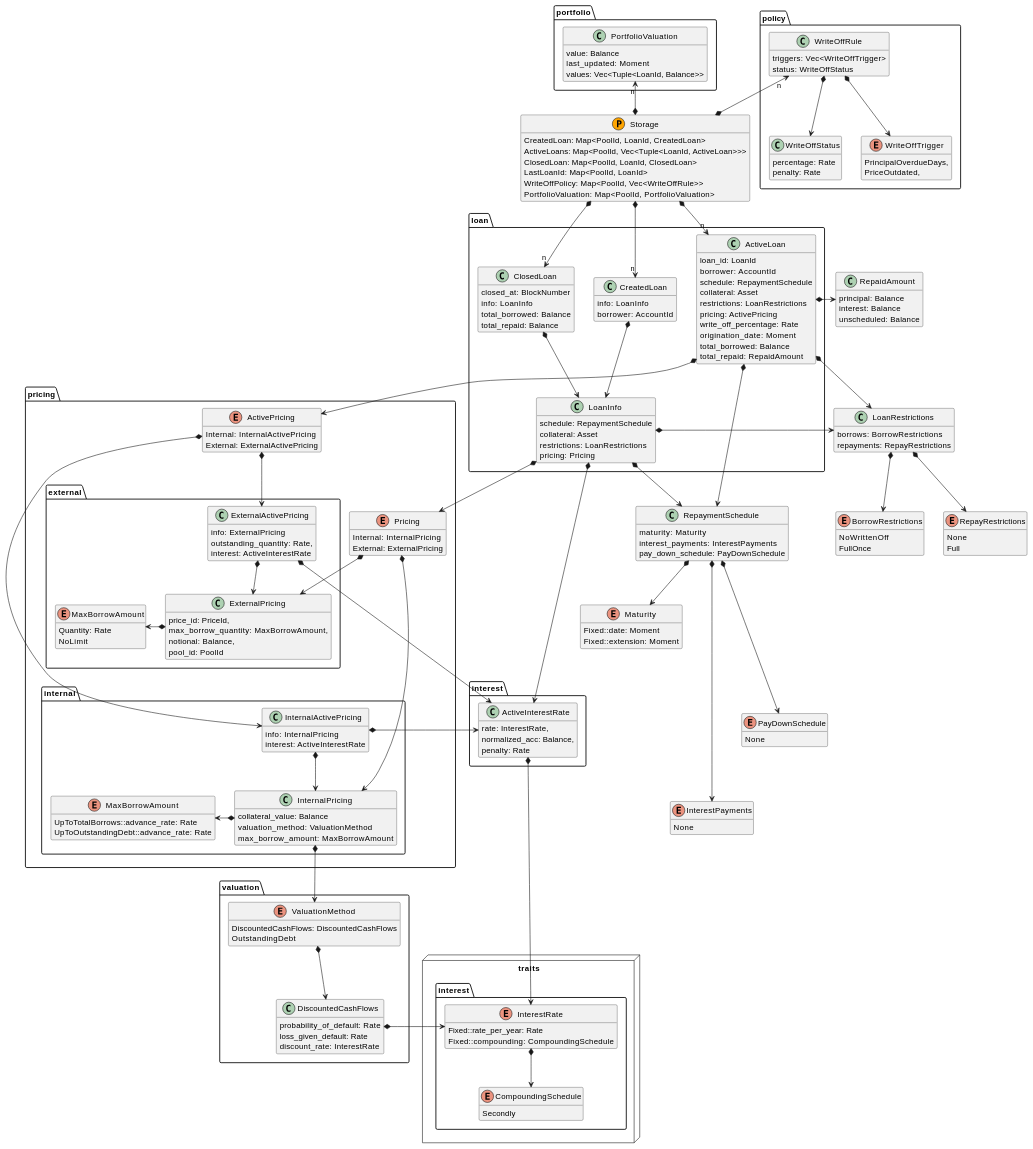
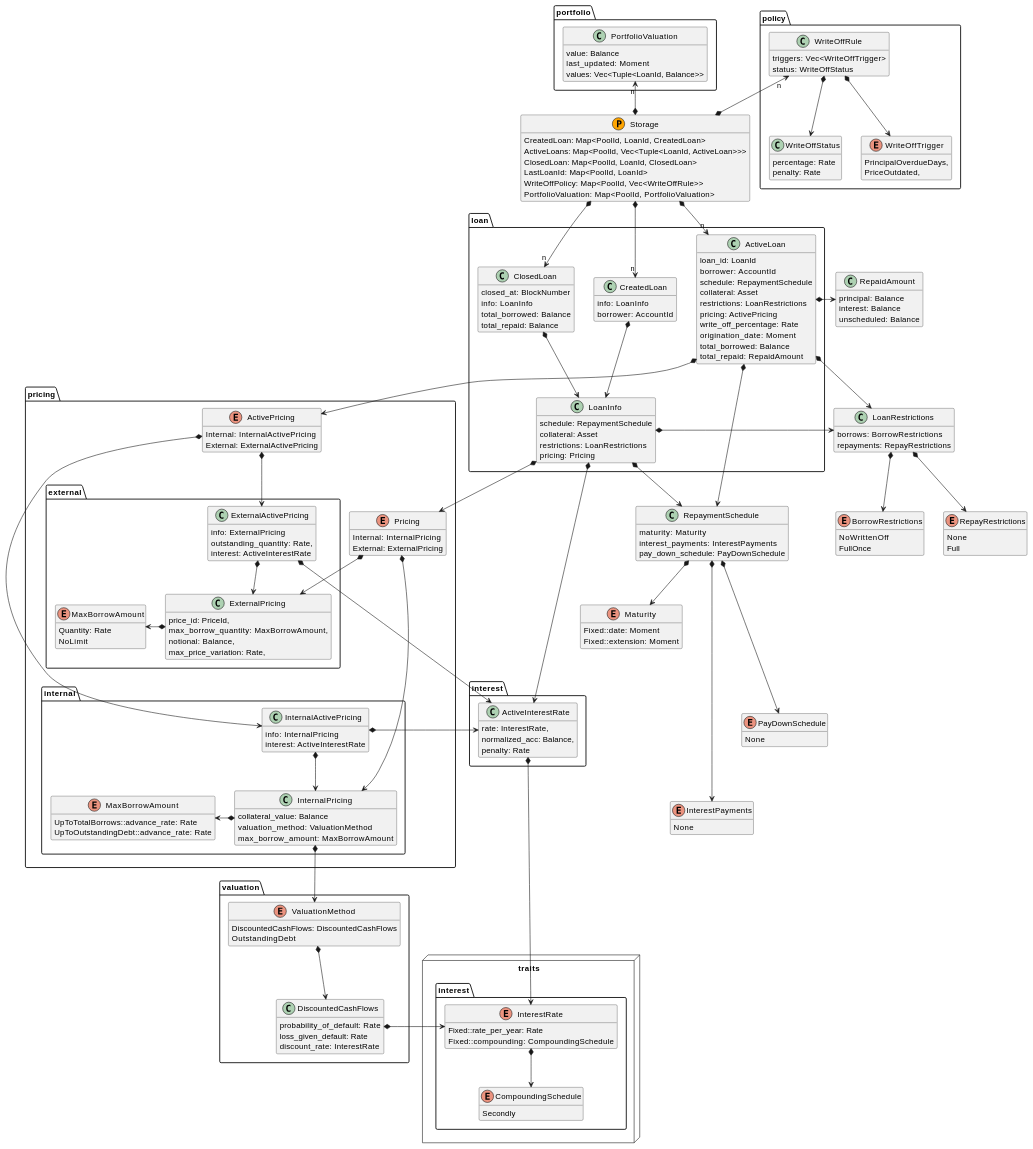
The diagram in pallets/loans/docs/types.md (centrifuge/centrifuge-chain), drawn with PlantUML before and after one commit. The commit also changed 10 other files, not shown here.

```diff
--- a/pallets/loans/docs/types.md
+++ b/pallets/loans/docs/types.md
@@ -156,7 +156,7 @@
             price_id: PriceId,
             max_borrow_quantity: MaxBorrowAmount,
             notional: Balance,
-            pool_id: PoolId
+            max_price_variation: Rate,
         }
 
         ExternalPricing *-l-> MaxBorrowAmount
```
